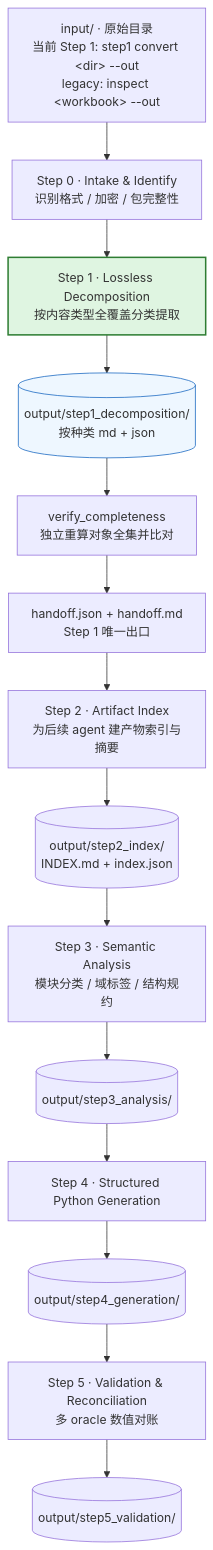
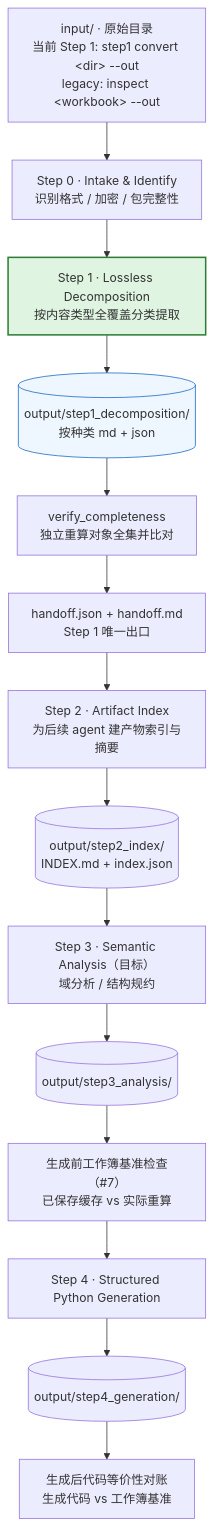
Before and after one commit to ferryhe/excel_to_act: the first of 2 diagrams in README.zh-CN.md, drawn with Mermaid. The commit also changed other lines of this file and 5 other files, not shown here.

Commit message:
docs: define layered architecture boundaries (#36)

````diff
--- a/README.zh-CN.md
+++ b/README.zh-CN.md
@@ -21,22 +21,22 @@
 ```mermaid
 flowchart TD
     IN["input/ · 原始目录<br/>当前 Step 1: step1 convert &lt;dir&gt; --out<br/>legacy: inspect &lt;workbook&gt; --out"]
     S0["Step 0 · Intake &amp; Identify<br/>识别格式 / 加密 / 包完整性"]
     S1["Step 1 · Lossless Decomposition<br/>按内容类型全覆盖分类提取"]
     O1[("output/step1_decomposition/<br/>按种类 md + json")]
     V["verify_completeness<br/>独立重算对象全集并比对"]
     H["handoff.json + handoff.md<br/>Step 1 唯一出口"]
     S2["Step 2 · Artifact Index<br/>为后续 agent 建产物索引与摘要"]
     O2[("output/step2_index/<br/>INDEX.md + index.json")]
-    S3["Step 3 · Semantic Analysis<br/>模块分类 / 域标签 / 结构规约"]
+    S3["Step 3 · Semantic Analysis（目标）<br/>域分析 / 结构规约"]
     O3[("output/step3_analysis/")]
+    B0["生成前工作簿基准检查（#7）<br/>已保存缓存 vs 实际重算"]
     S4["Step 4 · Structured Python Generation"]
     O4[("output/step4_generation/")]
-    S5["Step 5 · Validation &amp; Reconciliation<br/>多 oracle 数值对账"]
-    O5[("output/step5_validation/")]
+    B1["生成后代码等价性对账<br/>生成代码 vs 工作簿基准"]
 
-    IN --> S0 --> S1 --> O1 --> V --> H --> S2 --> O2 --> S3 --> O3 --> S4 --> O4 --> S5 --> O5
+    IN --> S0 --> S1 --> O1 --> V --> H --> S2 --> O2 --> S3 --> O3 --> B0 --> S4 --> O4 --> B1
 
     style S1 fill:#dff5e1,stroke:#2e7d32,stroke-width:2px
     style O1 fill:#eef7ff,stroke:#1565c0
 ```
````
